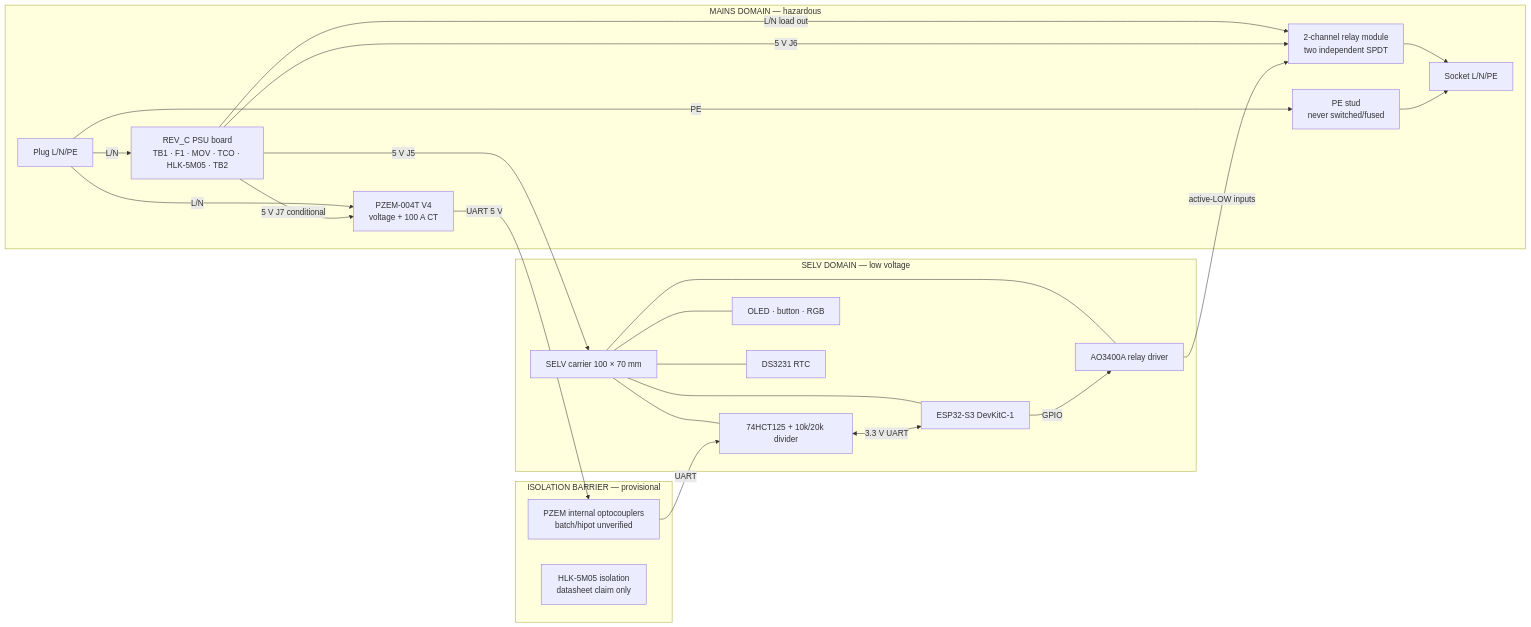
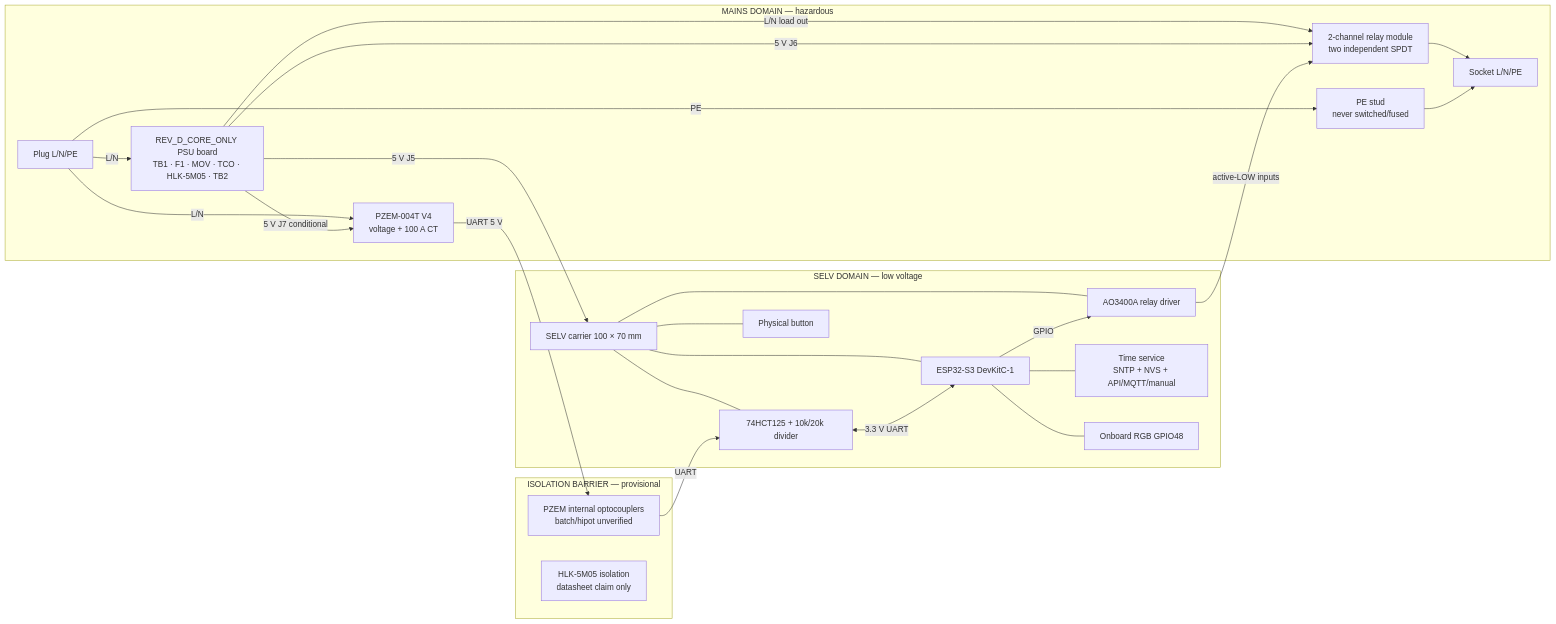
Before and after one commit to jefryprr/smart-plug-project: the second of 4 diagrams in docs/ARCHITECTURE.md, drawn with Mermaid. The commit also changed other lines of this file and 353 other files, not shown here.

First line of the commit message:
REV_D: CORE-only build with RTC-free time fail-safe

````diff
--- a/docs/ARCHITECTURE.md
+++ b/docs/ARCHITECTURE.md
@@ -32,45 +32,47 @@
 ```mermaid
 flowchart LR
     subgraph MAINS["MAINS DOMAIN — hazardous"]
         PLUG["Plug L/N/PE"]
-        PSU["REV_C PSU board<br/>TB1 · F1 · MOV · TCO · HLK-5M05 · TB2"]
+        PSU["REV_D_CORE_ONLY PSU board<br/>TB1 · F1 · MOV · TCO · HLK-5M05 · TB2"]
         PZEM["PZEM-004T V4<br/>voltage + 100 A CT"]
         RELAY["2-channel relay module<br/>two independent SPDT"]
         SOCKET["Socket L/N/PE"]
         PE["PE stud<br/>never switched/fused"]
         PLUG -->|"L/N"| PSU
         PLUG -->|"L/N"| PZEM
         PSU -->|"L/N load out"| RELAY
         RELAY --> SOCKET
         PLUG -->|"PE"| PE
         PE --> SOCKET
     end
 
     subgraph BARRIER["ISOLATION BARRIER — provisional"]
         PZEMISO["PZEM internal optocouplers<br/>batch/hipot unverified"]
         HLKISO["HLK-5M05 isolation<br/>datasheet claim only"]
     end
 
     subgraph SELV["SELV DOMAIN — low voltage"]
         CARRIER["SELV carrier 100 × 70 mm"]
         ESP["ESP32-S3 DevKitC-1"]
         LEVEL["74HCT125 + 10k/20k divider"]
         DRIVER["AO3400A relay driver"]
-        UI["OLED · button · RGB"]
-        RTC["DS3231 RTC"]
+        BUTTON["Physical button"]
+        TIME["Time service<br/>SNTP + NVS + API/MQTT/manual"]
+        RGB["Onboard RGB GPIO48"]
         CARRIER --- ESP
         CARRIER --- LEVEL
         CARRIER --- DRIVER
-        CARRIER --- UI
-        CARRIER --- RTC
+        CARRIER --- BUTTON
+        ESP --- TIME
+        ESP --- RGB
     end
 
     PSU -->|"5 V J5"| CARRIER
     PSU -->|"5 V J6"| RELAY
     PSU -->|"5 V J7 conditional"| PZEM
     PZEM -->|"UART 5 V"| PZEMISO
     PZEMISO -->|"UART"| LEVEL
     LEVEL <-->|"3.3 V UART"| ESP
     ESP -->|"GPIO"| DRIVER
     DRIVER -->|"active-LOW inputs"| RELAY
 ```
````
